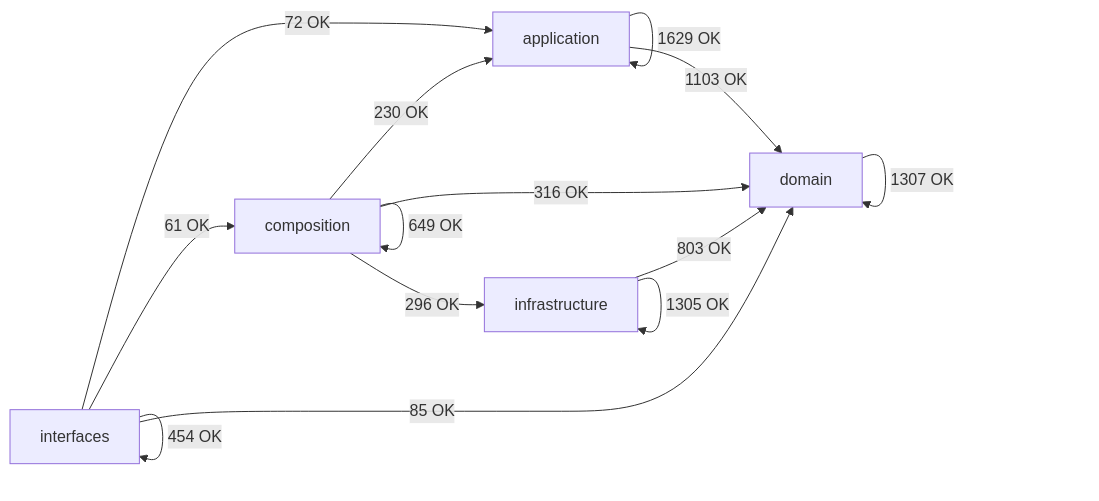
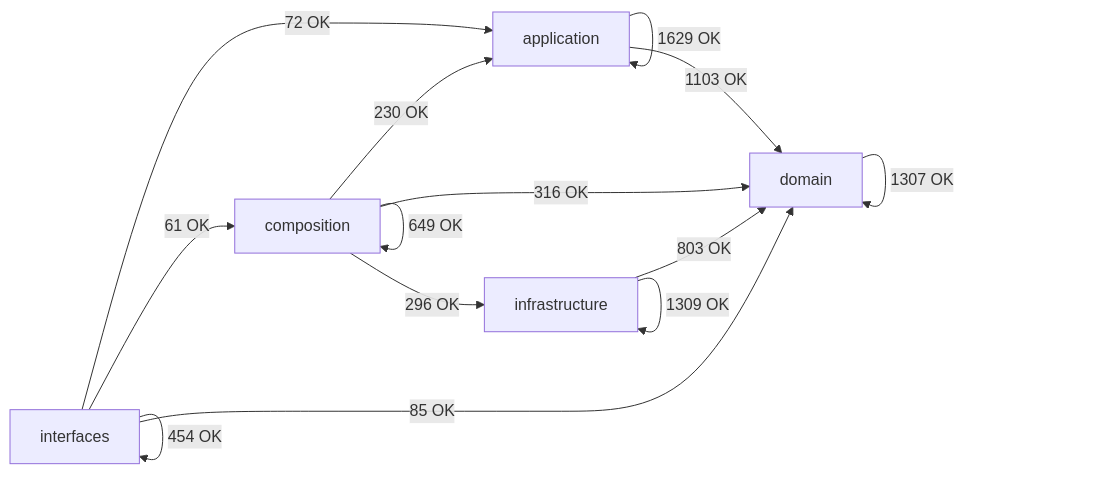
One commit to SatoryKono/BioactivityDataAcquisition changed the diagram in docs/02-architecture/generated/module-dependency-map.md. Above: the diagram before and after it, drawn with Mermaid. The commit also changed other lines of this file and 18 other files, not shown here.

````diff
--- a/docs/02-architecture/generated/module-dependency-map.md
+++ b/docs/02-architecture/generated/module-dependency-map.md
@@ -17,21 +17,21 @@
 ```mermaid
 flowchart LR
     domain[domain]
     application[application]
     infrastructure[infrastructure]
     composition[composition]
     interfaces[interfaces]
     application -->|1629 OK| application
     application -->|1103 OK| domain
     composition -->|230 OK| application
     composition -->|649 OK| composition
     composition -->|316 OK| domain
     composition -->|296 OK| infrastructure
     domain -->|1307 OK| domain
     infrastructure -->|803 OK| domain
-    infrastructure -->|1305 OK| infrastructure
+    infrastructure -->|1309 OK| infrastructure
     interfaces -->|72 OK| application
     interfaces -->|61 OK| composition
     interfaces -->|85 OK| domain
     interfaces -->|454 OK| interfaces
 ```
````
